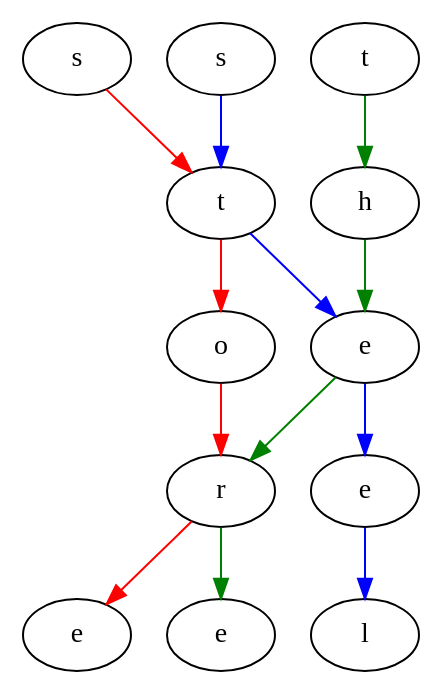
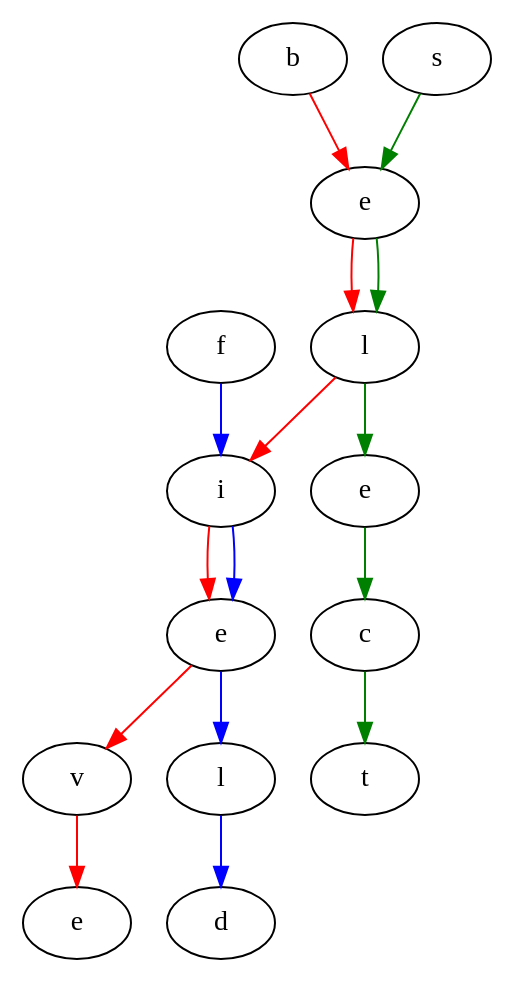
One commit to MaxMcF/SwitchWords changed the diagram in generate_boards/Digraph.gv. Above: the diagram before and after it, drawn with Graphviz. The commit also changed 14 other files, not shown here.

```diff
--- a/generate_boards/Digraph.gv
+++ b/generate_boards/Digraph.gv
@@ -1,29 +1,35 @@
 digraph {
-	"s.7ba0cace-fc91-4b94-995c-67e0fc8e16f7" [label=s]
-	"t.f7cee3d3-b23f-4f09-8075-3c6026e98a3a" [label=t]
-	"o.5e5be583-bf96-4802-8109-96c555839bf1" [label=o]
-	"r.3d0d3bf4-e6fc-43f6-87d9-f10224c3c502" [label=r]
-	"e.d97b3d43-a4a3-402e-8664-6e677ee40372" [label=e]
-	"s.7ba0cace-fc91-4b94-995c-67e0fc8e16f7" -> "t.f7cee3d3-b23f-4f09-8075-3c6026e98a3a" [color=red]
-	"t.f7cee3d3-b23f-4f09-8075-3c6026e98a3a" -> "o.5e5be583-bf96-4802-8109-96c555839bf1" [color=red]
-	"o.5e5be583-bf96-4802-8109-96c555839bf1" -> "r.3d0d3bf4-e6fc-43f6-87d9-f10224c3c502" [color=red]
-	"r.3d0d3bf4-e6fc-43f6-87d9-f10224c3c502" -> "e.d97b3d43-a4a3-402e-8664-6e677ee40372" [color=red]
-	"s.6bc9b188-5618-4879-af1b-671b40d947e0" [label=s]
-	"t.f7cee3d3-b23f-4f09-8075-3c6026e98a3a" [label=t]
-	"e.cf56d7f4-a8b2-4817-b1f7-3788b9ad531a" [label=e]
-	"e.4510d2f1-d9b5-4468-a0b6-a8b2837345f3" [label=e]
-	"l.4c2a3e01-8e52-4e1f-b659-bc3dc8315f49" [label=l]
-	"s.6bc9b188-5618-4879-af1b-671b40d947e0" -> "t.f7cee3d3-b23f-4f09-8075-3c6026e98a3a" [color=blue]
-	"t.f7cee3d3-b23f-4f09-8075-3c6026e98a3a" -> "e.cf56d7f4-a8b2-4817-b1f7-3788b9ad531a" [color=blue]
-	"e.cf56d7f4-a8b2-4817-b1f7-3788b9ad531a" -> "e.4510d2f1-d9b5-4468-a0b6-a8b2837345f3" [color=blue]
-	"e.4510d2f1-d9b5-4468-a0b6-a8b2837345f3" -> "l.4c2a3e01-8e52-4e1f-b659-bc3dc8315f49" [color=blue]
-	"t.1d9ba61b-7ae7-4eee-8455-9f90a5f450e2" [label=t]
-	"h.c4746a78-eae9-43cb-9fa2-36db08143fd6" [label=h]
-	"e.cf56d7f4-a8b2-4817-b1f7-3788b9ad531a" [label=e]
-	"r.3d0d3bf4-e6fc-43f6-87d9-f10224c3c502" [label=r]
-	"e.b0f1b566-1775-4e21-b96b-c4ca99fb3f45" [label=e]
-	"t.1d9ba61b-7ae7-4eee-8455-9f90a5f450e2" -> "h.c4746a78-eae9-43cb-9fa2-36db08143fd6" [color=green]
-	"h.c4746a78-eae9-43cb-9fa2-36db08143fd6" -> "e.cf56d7f4-a8b2-4817-b1f7-3788b9ad531a" [color=green]
-	"e.cf56d7f4-a8b2-4817-b1f7-3788b9ad531a" -> "r.3d0d3bf4-e6fc-43f6-87d9-f10224c3c502" [color=green]
-	"r.3d0d3bf4-e6fc-43f6-87d9-f10224c3c502" -> "e.b0f1b566-1775-4e21-b96b-c4ca99fb3f45" [color=green]
+	"b.62b668e5-b0b8-446b-9ef4-852c764a0808" [label=b]
+	"e.ef554399-db97-423e-879a-ca86ca42368e" [label=e]
+	"l.8ee9c57b-5c4b-4c4c-803b-27a00feeaa6b" [label=l]
+	"i.7b1ad991-4a2f-4848-8293-0bb6de193ee2" [label=i]
+	"e.ed4494d5-cb4d-425b-9359-90d96b5c664f" [label=e]
+	"v.dd5e9454-5a32-4e0a-86a1-07abde60f410" [label=v]
+	"e.942f525c-a2e8-4070-b593-3405c5a24954" [label=e]
+	"b.62b668e5-b0b8-446b-9ef4-852c764a0808" -> "e.ef554399-db97-423e-879a-ca86ca42368e" [color=red]
+	"e.ef554399-db97-423e-879a-ca86ca42368e" -> "l.8ee9c57b-5c4b-4c4c-803b-27a00feeaa6b" [color=red]
+	"l.8ee9c57b-5c4b-4c4c-803b-27a00feeaa6b" -> "i.7b1ad991-4a2f-4848-8293-0bb6de193ee2" [color=red]
+	"i.7b1ad991-4a2f-4848-8293-0bb6de193ee2" -> "e.ed4494d5-cb4d-425b-9359-90d96b5c664f" [color=red]
+	"e.ed4494d5-cb4d-425b-9359-90d96b5c664f" -> "v.dd5e9454-5a32-4e0a-86a1-07abde60f410" [color=red]
+	"v.dd5e9454-5a32-4e0a-86a1-07abde60f410" -> "e.942f525c-a2e8-4070-b593-3405c5a24954" [color=red]
+	"f.37cb064d-30f9-4350-bfa7-743f29d7433c" [label=f]
+	"i.7b1ad991-4a2f-4848-8293-0bb6de193ee2" [label=i]
+	"e.ed4494d5-cb4d-425b-9359-90d96b5c664f" [label=e]
+	"l.8632a922-b79b-459f-bc04-f7f9593a1e67" [label=l]
+	"d.88d72fa1-66af-4e27-82dd-0e44b82685aa" [label=d]
+	"f.37cb064d-30f9-4350-bfa7-743f29d7433c" -> "i.7b1ad991-4a2f-4848-8293-0bb6de193ee2" [color=blue]
+	"i.7b1ad991-4a2f-4848-8293-0bb6de193ee2" -> "e.ed4494d5-cb4d-425b-9359-90d96b5c664f" [color=blue]
+	"e.ed4494d5-cb4d-425b-9359-90d96b5c664f" -> "l.8632a922-b79b-459f-bc04-f7f9593a1e67" [color=blue]
+	"l.8632a922-b79b-459f-bc04-f7f9593a1e67" -> "d.88d72fa1-66af-4e27-82dd-0e44b82685aa" [color=blue]
+	"s.b4fb2dfc-067a-4a9d-aa24-df3182b83a04" [label=s]
+	"e.ef554399-db97-423e-879a-ca86ca42368e" [label=e]
+	"l.8ee9c57b-5c4b-4c4c-803b-27a00feeaa6b" [label=l]
+	"e.9a938019-7e24-4423-82dc-b2c713fdcda3" [label=e]
+	"c.883f900e-1dcc-444b-b670-83e815b8ad16" [label=c]
+	"t.b18508b4-3436-4e9f-b1a0-332ff874191a" [label=t]
+	"s.b4fb2dfc-067a-4a9d-aa24-df3182b83a04" -> "e.ef554399-db97-423e-879a-ca86ca42368e" [color=green]
+	"e.ef554399-db97-423e-879a-ca86ca42368e" -> "l.8ee9c57b-5c4b-4c4c-803b-27a00feeaa6b" [color=green]
+	"l.8ee9c57b-5c4b-4c4c-803b-27a00feeaa6b" -> "e.9a938019-7e24-4423-82dc-b2c713fdcda3" [color=green]
+	"e.9a938019-7e24-4423-82dc-b2c713fdcda3" -> "c.883f900e-1dcc-444b-b670-83e815b8ad16" [color=green]
+	"c.883f900e-1dcc-444b-b670-83e815b8ad16" -> "t.b18508b4-3436-4e9f-b1a0-332ff874191a" [color=green]
 }
```
